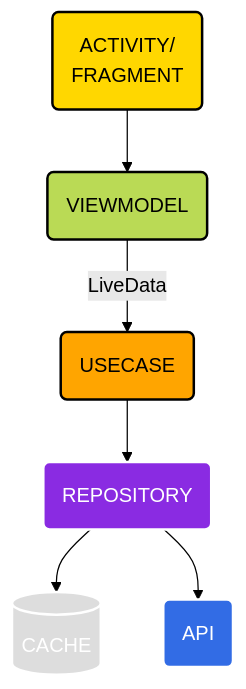
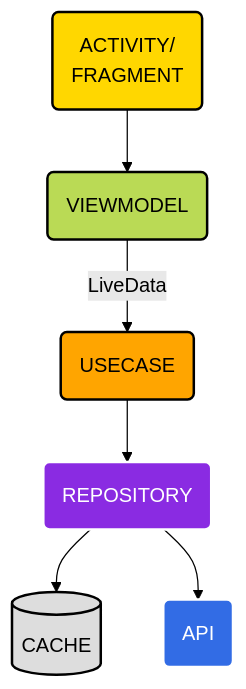
One commit to CaioCrevelaro/clean-architecture changed the diagram in README.md. Above: the diagram before and after it, drawn with Mermaid (forest theme).

````diff
--- a/README.md
+++ b/README.md
@@ -32,23 +32,23 @@
 ```mermaid
 graph TD
 
 classDef orange fill:#FFA500,stroke:#000000,stroke-width:2px,color:#000000;
 classDef yellow fill:#FFD700,stroke:#000000,stroke-width:2px,color:#000000;
 classDef green fill:#BADA55,stroke:#000000,stroke-width:2px,color:#000000;
 classDef purple fill:#8A2BE2,stroke:#FFF,stroke-width:2px,color:#FFF;
 classDef blue fill:#326CE5,stroke:#FFF,stroke-width:2px,color:#FFF;
-classDef gray fill:#DDDDDD,stroke:#FFF,stroke-width:2px,color:#FFF;
+classDef gray fill:#DDDDDD,stroke:#000000,stroke-width:2px,color:#000000;
 
 a11(ACTIVITY/<br>FRAGMENT):::yellow;
 a21(VIEWMODEL):::green;
 a31(USECASE):::orange;
 a41(REPOSITORY):::purple;
 a51[(CACHE)]:::gray;
 a52(API):::blue;
 
 
 a11 --> a21 --> |LiveData| a31 --> a41;
 a41 --> a51;
 a41 --> a52;
 
 ```
````
